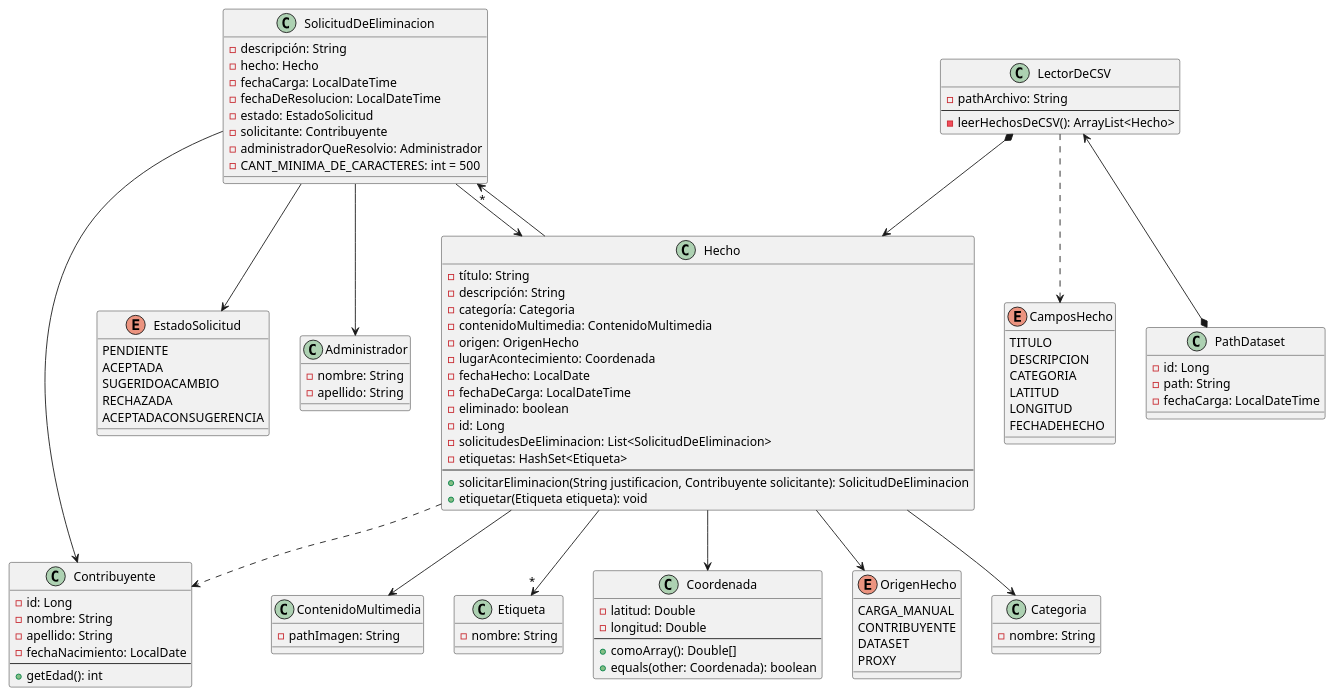
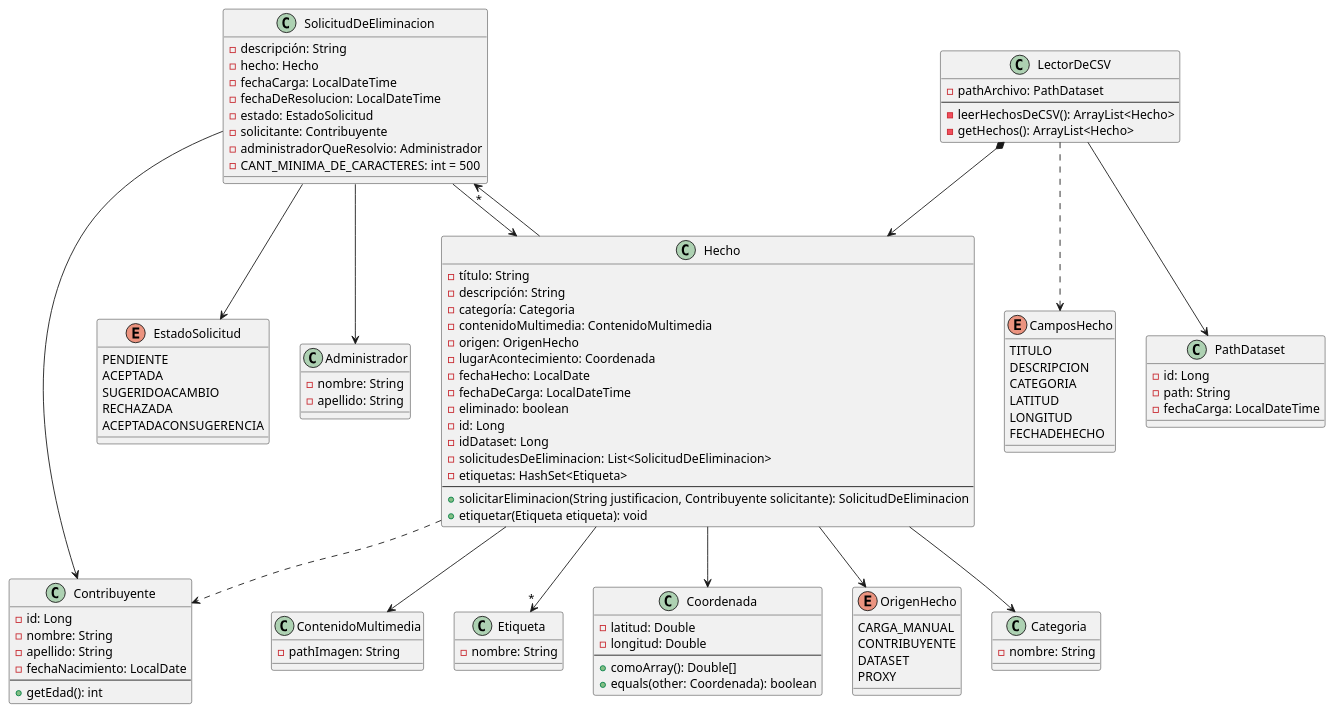
One commit to faustorod1/MetaMapa changed the diagram in fuente-estatica/ddcFuenteEstatica.puml. Above: the diagram before and after it, drawn with PlantUML. The commit also changed 16 other files, not shown here.

```diff
--- a/fuente-estatica/ddcFuenteEstatica.puml
+++ b/fuente-estatica/ddcFuenteEstatica.puml
@@ -1,122 +1,124 @@
 @startuml
 
 class Administrador{
 - nombre: String
 - apellido: String
 }
 
 enum CamposHecho{
     TITULO
     DESCRIPCION
     CATEGORIA
     LATITUD
     LONGITUD
     FECHADEHECHO
 }
 
 
 class Categoria{
 - nombre: String
 }
 
 class ContenidoMultimedia{
 - pathImagen: String
 }
 
 
 enum EstadoSolicitud {
     PENDIENTE
     ACEPTADA
     SUGERIDOACAMBIO
     RECHAZADA
     ACEPTADACONSUGERENCIA
 }
 
 class Etiqueta{
 - nombre: String
 }
 
 class Coordenada{
 - latitud: Double
 - longitud: Double
 --
 + comoArray(): Double[]
 + equals(other: Coordenada): boolean
 }
 
 class Hecho{
 - título: String
 - descripción: String
 - categoría: Categoria
 - contenidoMultimedia: ContenidoMultimedia
 - origen: OrigenHecho
 - lugarAcontecimiento: Coordenada
 - fechaHecho: LocalDate
 - fechaDeCarga: LocalDateTime
 - eliminado: boolean
 - id: Long
+- idDataset: Long
 - solicitudesDeEliminacion: List<SolicitudDeEliminacion>
 - etiquetas: HashSet<Etiqueta>
 --
 + solicitarEliminacion(String justificacion, Contribuyente solicitante): SolicitudDeEliminacion
 + etiquetar(Etiqueta etiqueta): void
 }
 
 class LectorDeCSV{
-- pathArchivo: String
+- pathArchivo: PathDataset
 --
 - leerHechosDeCSV(): ArrayList<Hecho>
+- getHechos(): ArrayList<Hecho>
 }
 
 enum OrigenHecho{
 CARGA_MANUAL
 CONTRIBUYENTE
 DATASET
 PROXY
 }
 
 
 class Contribuyente{
 - id: Long
 - nombre: String
 - apellido: String
 - fechaNacimiento: LocalDate
 --
 + getEdad(): int
 }
 
 class PathDataset{
 - id: Long
 - path: String
 - fechaCarga: LocalDateTime
 }
 
 class SolicitudDeEliminacion{
 - descripción: String
 - hecho: Hecho
 - fechaCarga: LocalDateTime
 - fechaDeResolucion: LocalDateTime
 - estado: EstadoSolicitud
 - solicitante: Contribuyente
 - administradorQueResolvio: Administrador
 - CANT_MINIMA_DE_CARACTERES: int = 500
 }
 
 Hecho --> Categoria
 Hecho --> ContenidoMultimedia
 Hecho --> OrigenHecho
 Hecho --> Coordenada
 Hecho -->"*" SolicitudDeEliminacion
 Hecho -->"*" Etiqueta
 Hecho ..> Contribuyente
 
 LectorDeCSV *--> Hecho
 LectorDeCSV ..> CamposHecho
-LectorDeCSV <--* PathDataset
+LectorDeCSV --> PathDataset
 
 SolicitudDeEliminacion --> Hecho
 SolicitudDeEliminacion --> EstadoSolicitud
 SolicitudDeEliminacion --> Contribuyente
 SolicitudDeEliminacion --> Administrador
 
 @enduml
```
